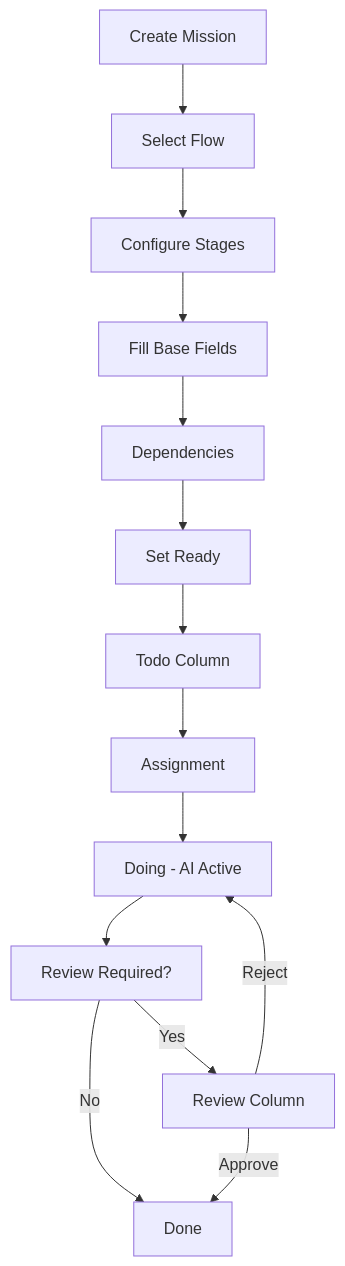
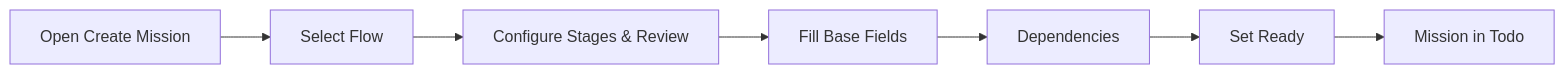
Before and after one commit to ivawzh/v0-bun-hono-tanstack-router: the fourth of 7 diagrams in .solo/designs/20-gui/web.md, drawn with Mermaid. The commit also changed other lines of this file and 6 other files, not shown here.

````diff
--- a/.solo/designs/20-gui/web.md
+++ b/.solo/designs/20-gui/web.md
@@ -196,17 +107,9 @@
 ```mermaid
-flowchart TD
-    C[Create Mission] --> F[Select Flow]
-    F --> S[Configure Stages]
-    S --> B[Fill Base Fields]
-    B --> D[Dependencies]
-    D --> R[Set Ready]
-    R --> T[Todo Column]
-
-    T --> A[Assignment]
-    A --> Do[Doing - AI Active]
-    Do --> Rev[Review Required?]
-    Rev -->|Yes| RV[Review Column]
-    Rev -->|No| DN[Done]
-    RV -->|Approve| DN
-    RV -->|Reject| Do
+flowchart LR
+  C[Open Create Mission] --> F[Select Flow]
+  F --> S1[Configure Stages & Review]
+  S1 --> B[Fill Base Fields]
+  B --> D[Dependencies]
+  D --> R[Set Ready]
+  R --> K[Mission in Todo]
 ```
````
